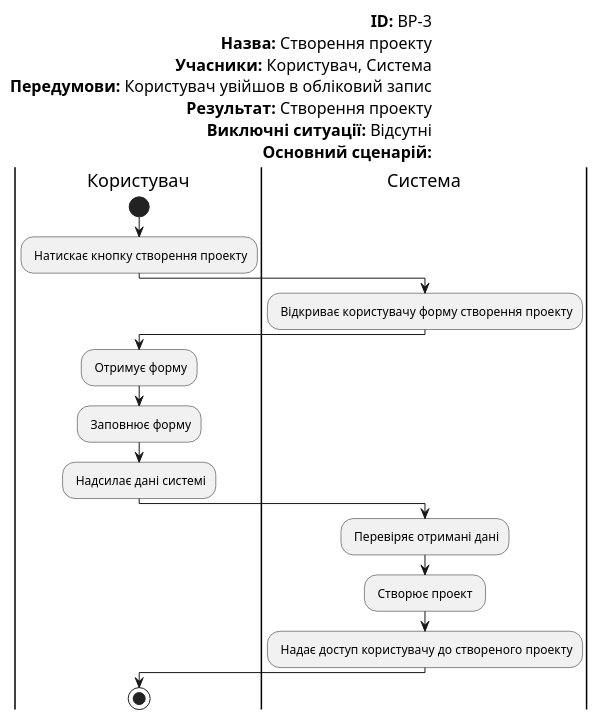
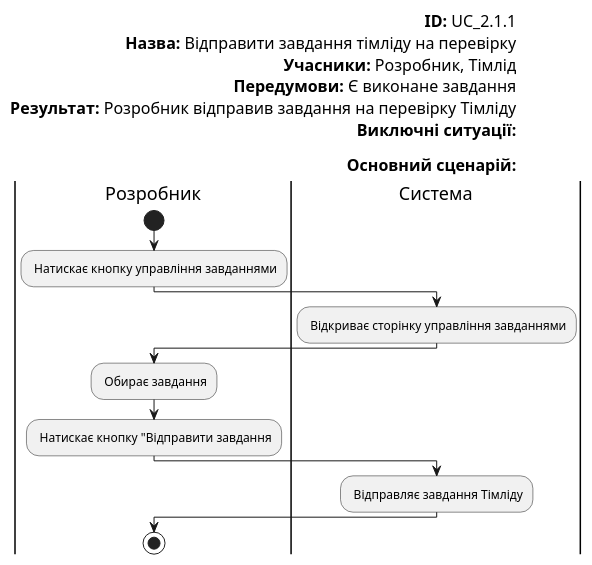
The seventh of 19 diagrams in docs/use cases/README.md (edu-db/edu_db_labs), drawn with PlantUML before and after one commit. The commit also changed other lines of this file, not shown here.

```diff
--- a/docs/use cases/README.md
+++ b/docs/use cases/README.md
@@ -261,35 +244,26 @@
 @startuml
 
     left header
-<font color=000 size=16><b>ID:</b> ВP-3
-<font color=000 size=16><b>Назва:</b> Створення проекту
-<font color=000 size=16><b>Учасники:</b> Користувач, Система
-<font color=000 size=16><b>Передумови:</b> Користувач увійшов в обліковий запис
-<font color=000 size=16><b>Результат:</b> Створення проекту
-<font color=000 size=16><b>Виключні ситуації:</b> Відсутні
-<font color=000 size=16><b>Основний сценарій:</b>
+    <font color=000 size=16><b>ID:</b> UC_2.1.1
+    <font color=000 size=16><b>Назва:</b> Відправити завдання тімліду на перевірку
+    <font color=000 size=16><b>Учасники:</b> Розробник, Тімлід
+    <font color=000 size=16><b>Передумови:</b> Є виконане завдання
+    <font color=000 size=16><b>Результат:</b> Розробник відправив завдання на перевірку Тімліду
+    <font color=000 size=16><b>Виключні ситуації:</b>
+
+    <font color=000 size=16><b>Основний сценарій:</b>
 end header
 
-|Користувач|
-    start
-    : Натискає кнопку створення проекту;
-|Система|
-    : Відкриває користувачу форму створення проекту;
-|Користувач|
-    : Отримує форму;
-|Користувач|
-    : Заповнює форму;
-|Користувач|
-    : Надсилає дані системі;
-|Система|   
-    : Перевіряє отримані дані;
-    
-
-|Система|   
-    : Створює проект ;
- 
-    : Надає доступ користувачу до створеного проекту;
-    
-|Користувач|
-    stop;
+    |Розробник|
+        start
+        : Натискає кнопку управління завданнями;
+    |Система|
+        : Відкриває сторінку управління завданнями;
+    |Розробник|
+        : Обирає завдання;
+        : Натискає кнопку "Відправити завдання;
+    |Система|   
+        : Відправляє завдання Тімліду;
+    |Розробник|
+        stop;
 @enduml
```
